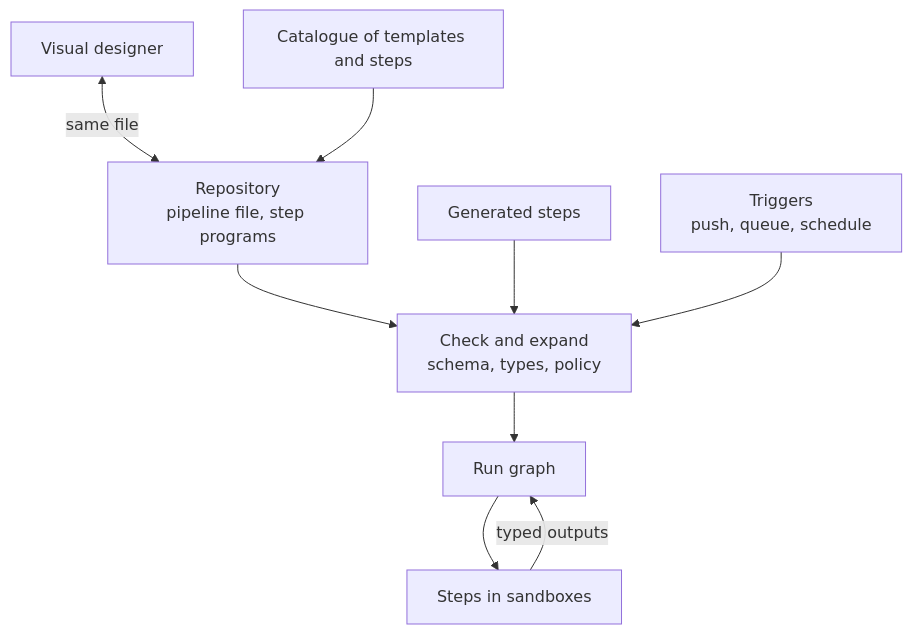
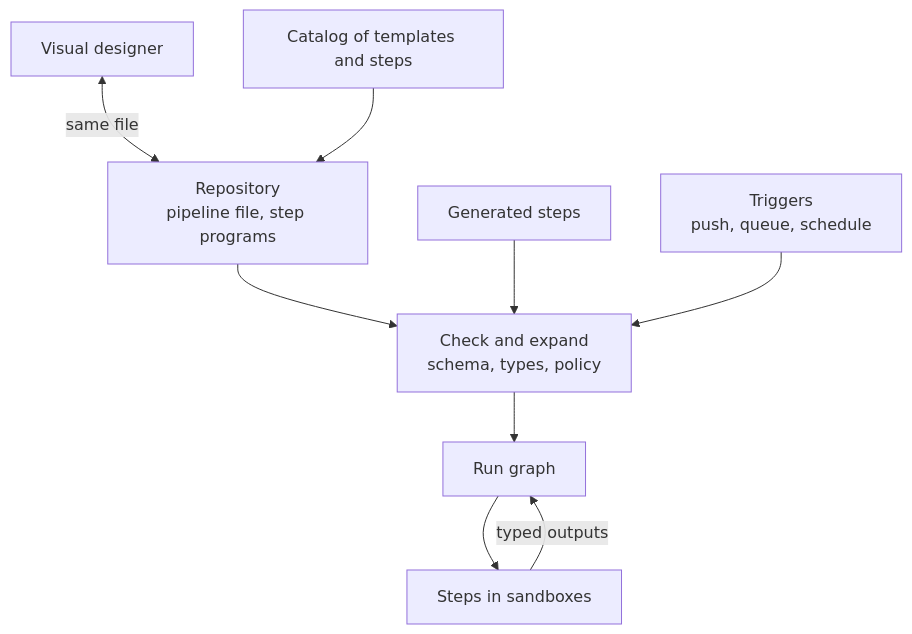
One commit to JK-Magic-Creations/launchway changed the diagram in docs/roadmap/milestone-2.md. Above: the diagram before and after it, drawn with Mermaid. The commit also changed other lines of this file and 25 other files, not shown here.

````diff
--- a/docs/roadmap/milestone-2.md
+++ b/docs/roadmap/milestone-2.md
@@ -27,11 +27,11 @@
 ```mermaid
 flowchart TD
   Repo["Repository<br/>pipeline file, step programs"] --> Plan["Check and expand<br/>schema, types, policy"]
   Gen["Generated steps"] --> Plan
   Trig["Triggers<br/>push, queue, schedule"] --> Plan
   Plan --> Graph["Run graph"]
   Graph --> Steps["Steps in sandboxes"]
   Steps -->|typed outputs| Graph
   Designer["Visual designer"] <-->|same file| Repo
-  Catalogue["Catalogue of templates and steps"] --> Repo
+  Catalog["Catalog of templates and steps"] --> Repo
 ```
````
